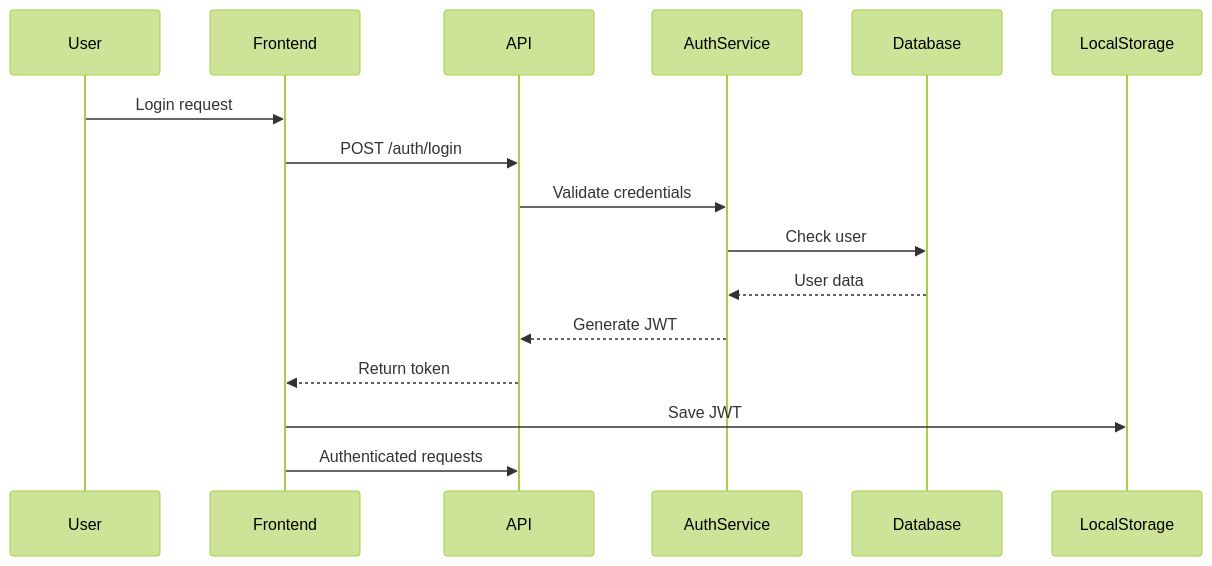
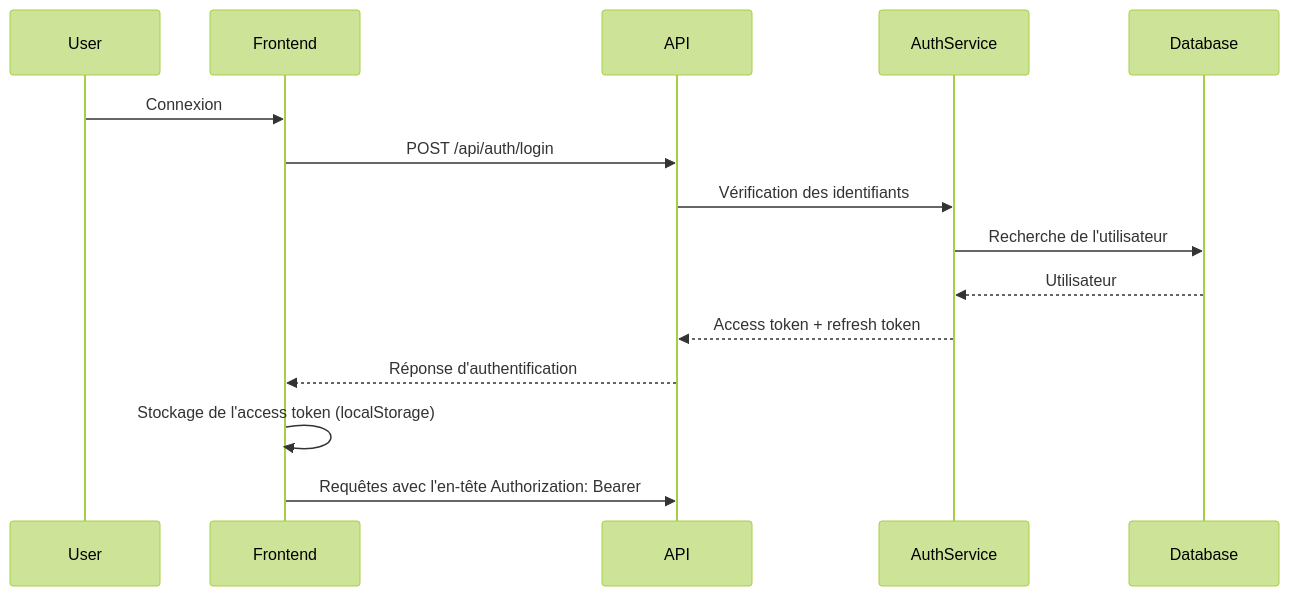
One commit to seydi-dev/recruitflow changed the fourth of 5 diagrams in README.md. Above: the diagram before and after it, drawn with Mermaid (forest theme). The commit also changed other lines of this file, not shown here.

````diff
--- a/README.md
+++ b/README.md
@@ -173,21 +99,12 @@
 ```mermaid
 sequenceDiagram
-
-User->>Frontend: Login request
-
-Frontend->>API: POST /auth/login
-
-API->>AuthService: Validate credentials
-
-AuthService->>Database: Check user
-
-Database-->>AuthService: User data
-
-AuthService-->>API: Generate JWT
-
-API-->>Frontend: Return token
-
-Frontend->>LocalStorage: Save JWT
-
-Frontend->>API: Authenticated requests
+    User->>Frontend: Connexion
+    Frontend->>API: POST /api/auth/login
+    API->>AuthService: Vérification des identifiants
+    AuthService->>Database: Recherche de l'utilisateur
+    Database-->>AuthService: Utilisateur
+    AuthService-->>API: Access token + refresh token
+    API-->>Frontend: Réponse d'authentification
+    Frontend->>Frontend: Stockage de l'access token (localStorage)
+    Frontend->>API: Requêtes avec l'en-tête Authorization: Bearer
 ```
````
